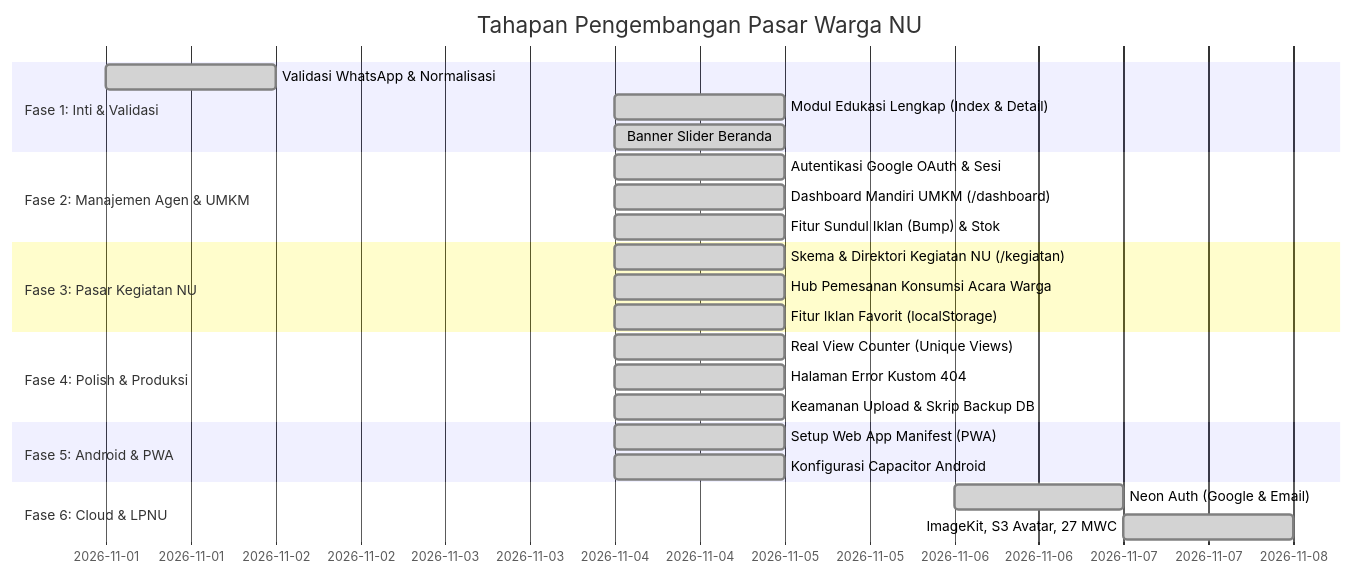
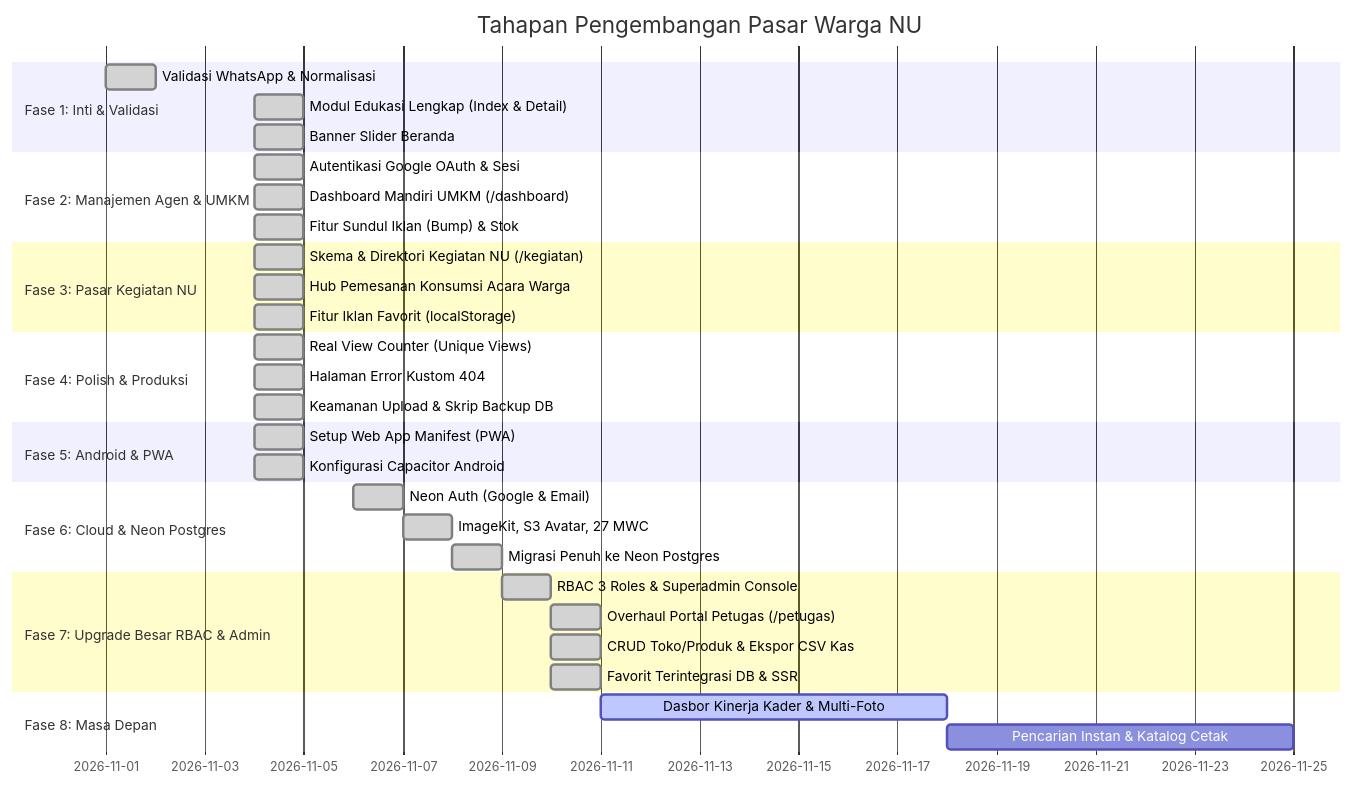
Before and after one commit to rasyiqi-code/mamasar: the diagram in ROADMAP.md, drawn with Mermaid. The commit also changed other lines of this file and 54 other files, not shown here.

Commit message:
feat: unify 2-portal architecture, modularize admin & dashboard, compact fullwidth UI, and fix logout

````diff
--- a/ROADMAP.md
+++ b/ROADMAP.md
@@ -18,27 +19,36 @@
 ```mermaid
 gantt
     title Tahapan Pengembangan Pasar Warga NU
     dateFormat  YYYY-MM-DD
     section Fase 1: Inti & Validasi
     Validasi WhatsApp & Normalisasi :done, f1_1, 2026-11-01, 1d
     Modul Edukasi Lengkap (Index & Detail) :done, f1_2, 2026-11-04, 1d
     Banner Slider Beranda :done, f1_3, 2026-11-04, 1d
     section Fase 2: Manajemen Agen & UMKM
     Autentikasi Google OAuth & Sesi :done, f2_1, 2026-11-04, 1d
     Dashboard Mandiri UMKM (/dashboard) :done, f2_2, 2026-11-04, 1d
     Fitur Sundul Iklan (Bump) & Stok :done, f2_3, 2026-11-04, 1d
     section Fase 3: Pasar Kegiatan NU
     Skema & Direktori Kegiatan NU (/kegiatan) :done, f3_1, 2026-11-04, 1d
     Hub Pemesanan Konsumsi Acara Warga :done, f3_2, 2026-11-04, 1d
     Fitur Iklan Favorit (localStorage) :done, f3_3, 2026-11-04, 1d
     section Fase 4: Polish & Produksi
     Real View Counter (Unique Views) :done, f4_1, 2026-11-04, 1d
     Halaman Error Kustom 404 :done, f4_2, 2026-11-04, 1d
     Keamanan Upload & Skrip Backup DB :done, f4_3, 2026-11-04, 1d
     section Fase 5: Android & PWA
     Setup Web App Manifest (PWA) :done, f5_1, 2026-11-04, 1d
     Konfigurasi Capacitor Android :done, f5_2, 2026-11-04, 1d
-    section Fase 6: Cloud & LPNU
+    section Fase 6: Cloud & Neon Postgres
     Neon Auth (Google & Email) :done, f6_1, 2026-11-06, 1d
     ImageKit, S3 Avatar, 27 MWC :done, f6_2, 2026-11-07, 1d
+    Migrasi Penuh ke Neon Postgres :done, f6_3, 2026-11-08, 1d
+    section Fase 7: Upgrade Besar RBAC & Admin
+    RBAC 3 Roles & Superadmin Console :done, f7_1, 2026-11-09, 1d
+    Overhaul Portal Petugas (/petugas) :done, f7_2, 2026-11-10, 1d
+    CRUD Toko/Produk & Ekspor CSV Kas :done, f7_3, 2026-11-10, 1d
+    Favorit Terintegrasi DB & SSR :done, f7_4, 2026-11-10, 1d
+    section Fase 8: Masa Depan
+    Dasbor Kinerja Kader & Multi-Foto :active, f8_1, 2026-11-11, 7d
+    Pencarian Instan & Katalog Cetak : f8_2, after f8_1, 7d
 ```
````
